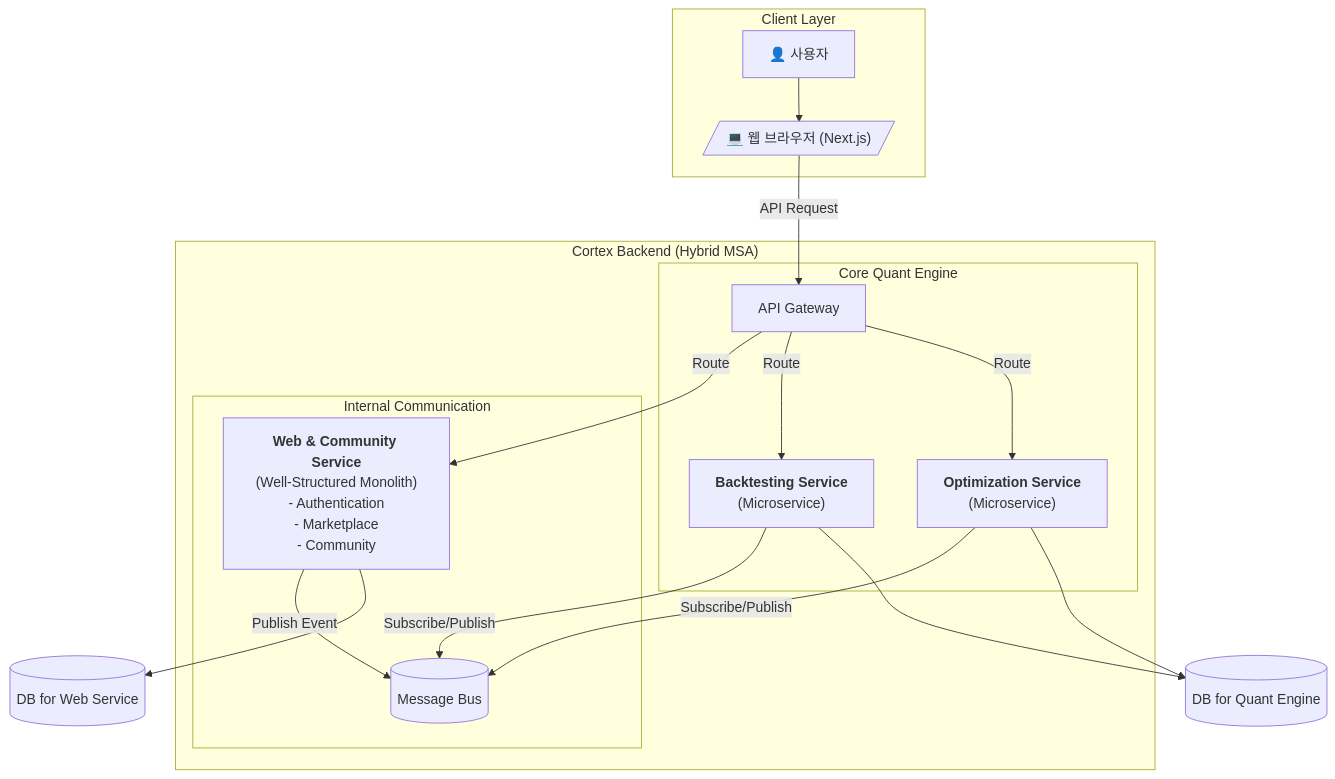
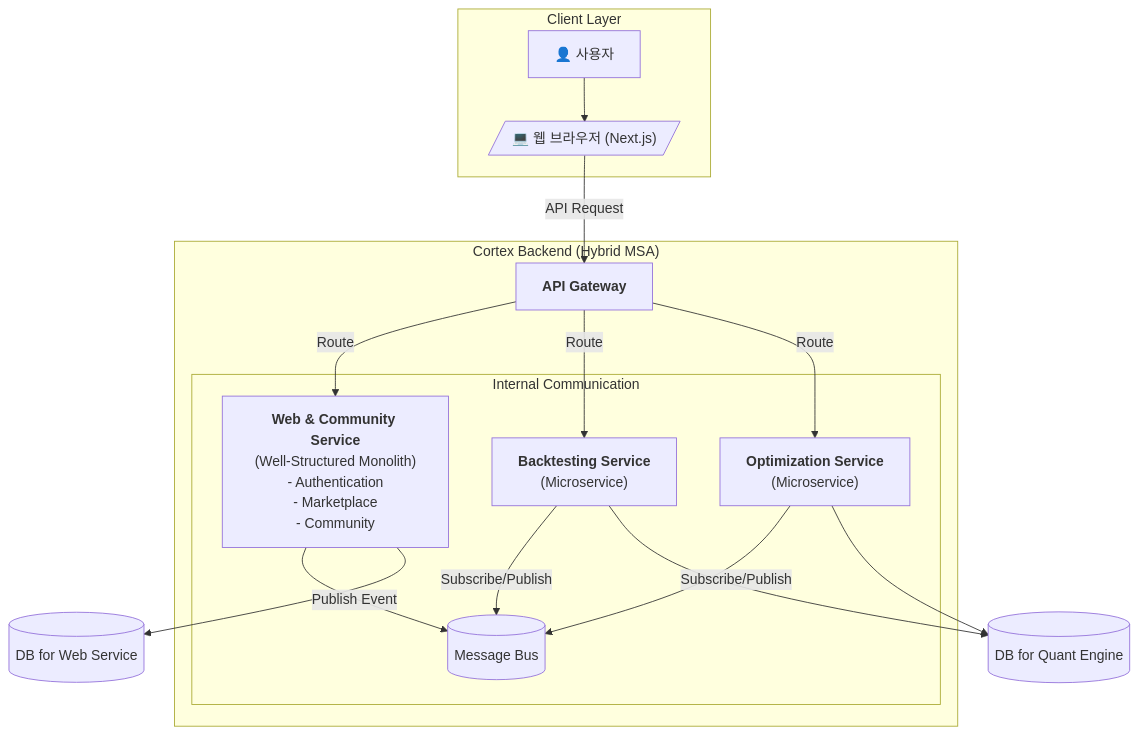
The first of 2 diagrams in docs/03_Architecture.md (sleepyMS/Cortex), drawn with Mermaid before and after one commit.

````diff
--- a/docs/03_Architecture.md
+++ b/docs/03_Architecture.md
@@ -10,28 +10,24 @@
 ```mermaid
 graph TD
     subgraph "Client Layer"
         User["👤 사용자"] --> Browser[/"💻 웹 브라우저 (Next.js)"/]
     end
 
-    Browser -- API Request --> APIGateway[API Gateway]
+    Browser -- API Request --> APIGateway[<b>API Gateway</b>]
 
     subgraph "Cortex Backend (Hybrid MSA)"
         APIGateway -- Route --> WebService["<b>Web & Community Service</b><br>(Well-Structured Monolith)<br>- Authentication<br>- Marketplace<br>- Community"]
-
-        subgraph "Core Quant Engine"
-            APIGateway -- Route --> BacktestService["<b>Backtesting Service</b><br>(Microservice)"]
-            APIGateway -- Route --> OptimizationService["<b>Optimization Service</b><br>(Microservice)"]
-        end
+        APIGateway -- Route --> BacktestService["<b>Backtesting Service</b><br>(Microservice)"]
+        APIGateway -- Route --> OptimizationService["<b>Optimization Service</b><br>(Microservice)"]
 
         subgraph "Internal Communication"
             WebService -- Publish Event --> MessageBus[(Message Bus)]
             BacktestService -- Subscribe/Publish --> MessageBus
             OptimizationService -- Subscribe/Publish --> MessageBus
         end
     end
 
     WebService --> WebDB[(DB for Web Service)]
     BacktestService --> QuantDB[(DB for Quant Engine)]
     OptimizationService --> QuantDB
-
 ```
````
